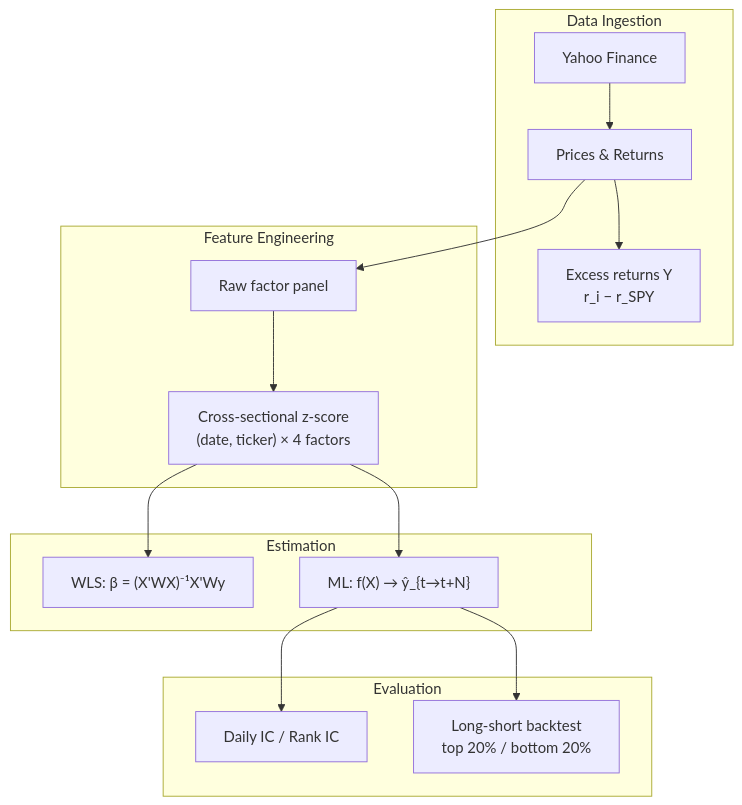
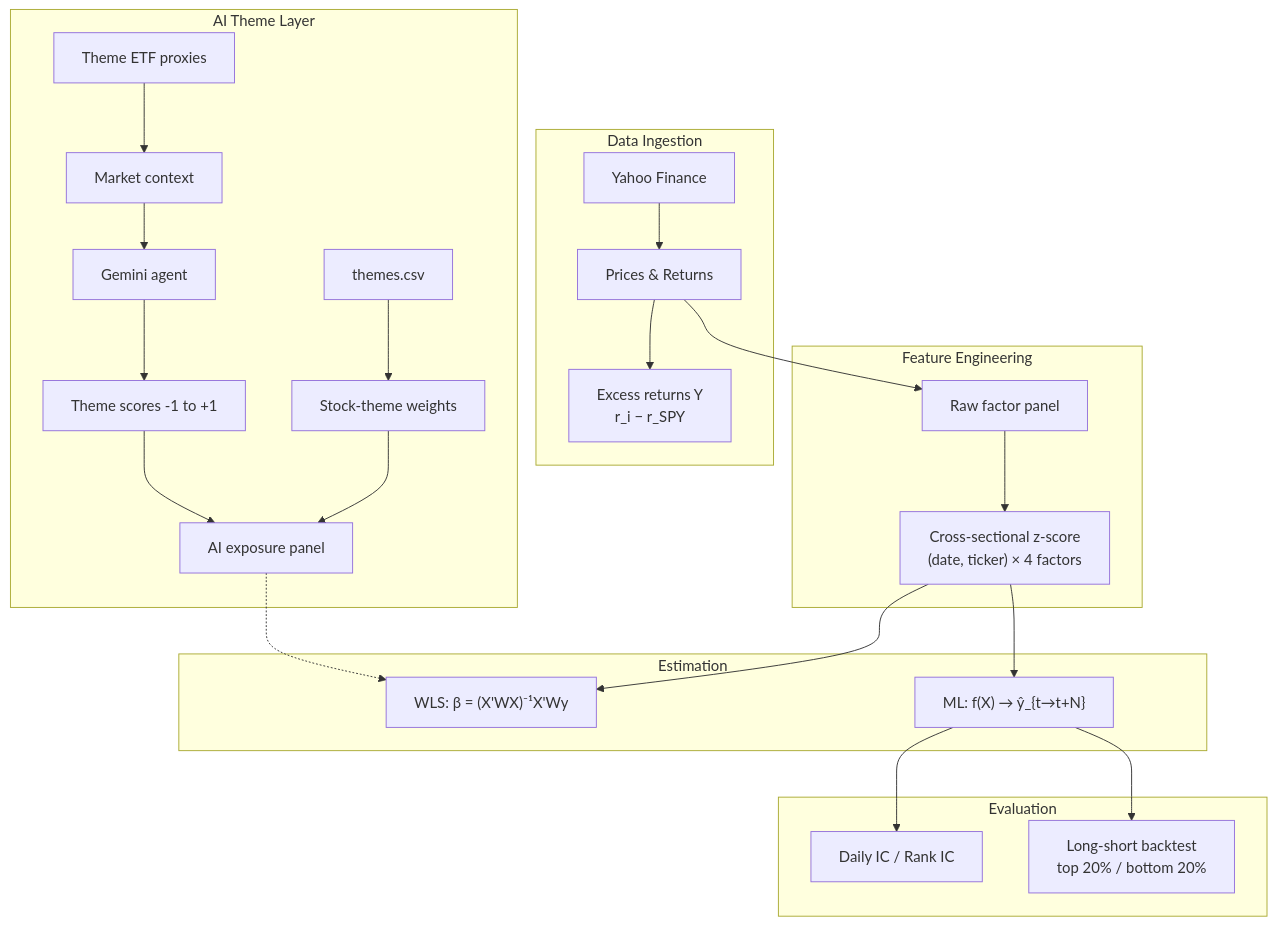
One commit to wanmingz/ai_factor_barra changed the first of 3 diagrams in README.md. Above: the diagram before and after it, drawn with Mermaid. The commit also changed other lines of this file, not shown here.

````diff
--- a/README.md
+++ b/README.md
@@ -29,22 +29,32 @@
 ```mermaid
 flowchart TB
     subgraph ingest [Data Ingestion]
         YF[Yahoo Finance] --> PX[Prices & Returns]
         PX --> Y["Excess returns Y<br/>r_i − r_SPY"]
     end
 
     subgraph feat [Feature Engineering]
         PX --> RAW[Raw factor panel]
         RAW --> ZS["Cross-sectional z-score<br/>(date, ticker) × 4 factors"]
     end
 
+    subgraph ai [AI Theme Layer]
+        CSV[themes.csv] --> MAP[Stock-theme weights]
+        ETF[Theme ETF proxies] --> CTX[Market context]
+        CTX --> GEM[Gemini agent]
+        GEM --> TS[Theme scores -1 to +1]
+        MAP --> AIF[AI exposure panel]
+        TS --> AIF
+    end
+
     subgraph est [Estimation]
         ZS --> WLS["WLS: β = (X'WX)⁻¹X'Wy"]
         ZS --> ML["ML: f(X) → ŷ_{t→t+N}"]
+        AIF -.-> WLS
     end
 
     subgraph eval [Evaluation]
         ML --> IC["Daily IC / Rank IC"]
         ML --> LS["Long-short backtest<br/>top 20% / bottom 20%"]
     end
 ```
````
